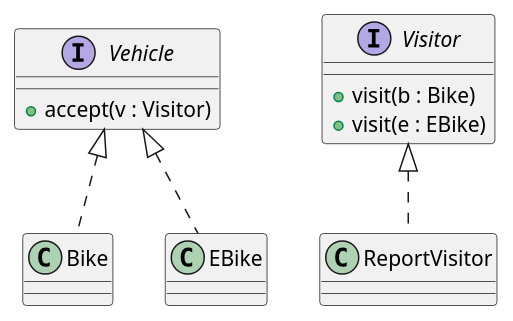
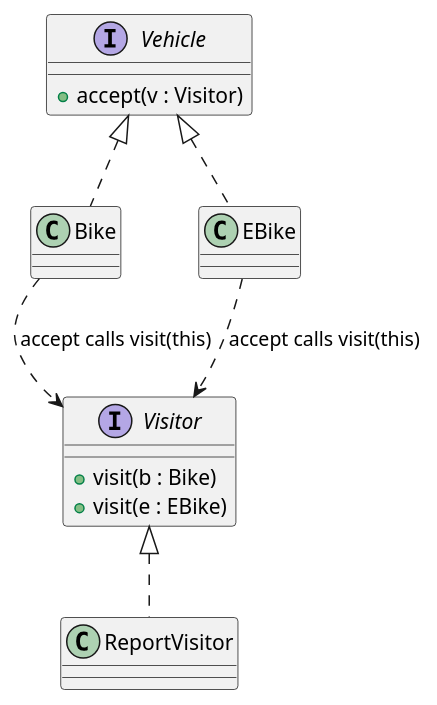
The fifth of 5 diagrams in class/amss-2026/curs/09-patterns-ii.md (traiansf/traiansf.github.io), drawn with PlantUML before and after one commit. The commit also changed other lines of this file and 26 other files, not shown here.

````diff
--- a/class/amss-2026/curs/09-patterns-ii.md
+++ b/class/amss-2026/curs/09-patterns-ii.md
@@ -291,17 +312,19 @@
 ```plantuml
 @startuml
 interface Vehicle {
   + accept(v : Visitor)
 }
 interface Visitor {
   + visit(b : Bike)
   + visit(e : EBike)
 }
 class Bike
 class EBike
 class ReportVisitor
 Vehicle <|.. Bike
 Vehicle <|.. EBike
 Visitor <|.. ReportVisitor
+Bike ..> Visitor : accept calls visit(this)
+EBike ..> Visitor : accept calls visit(this)
 @enduml
 ```
````
